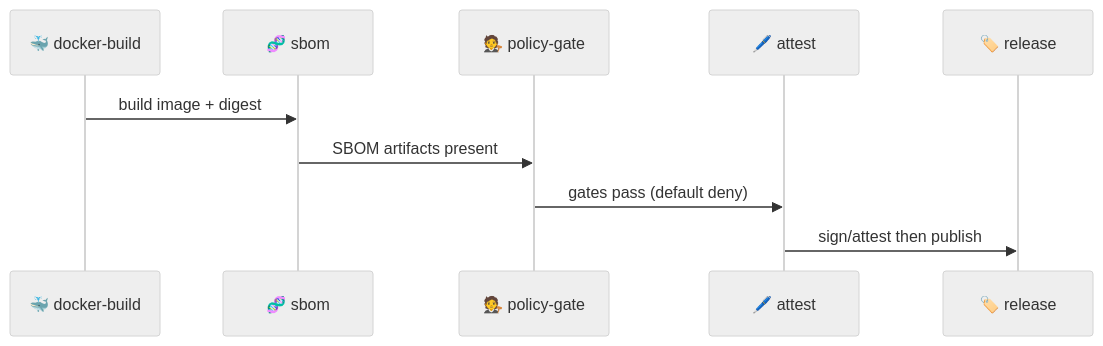
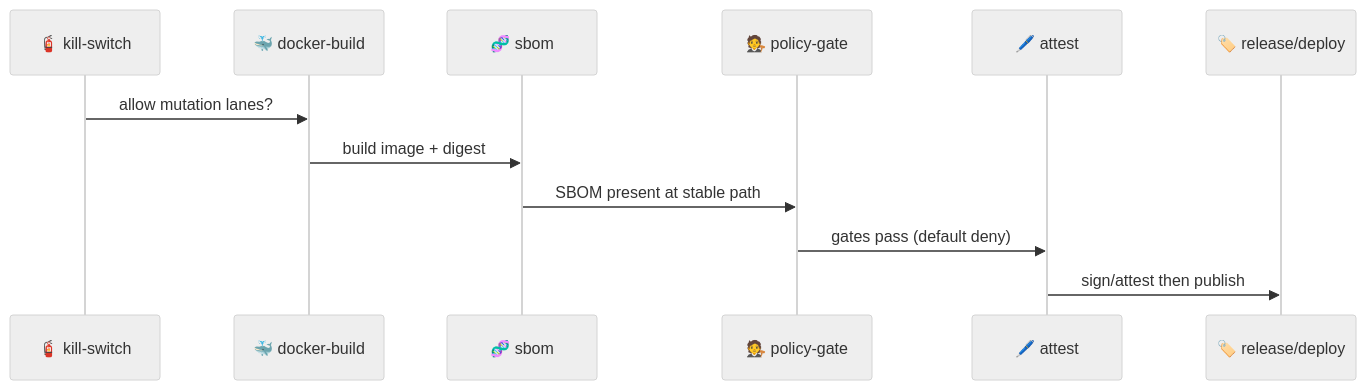
One commit to bartytime4life/Kansas-Frontier-Matrix changed the second of 2 diagrams in .github/actions/sbom/README.md. Above: the diagram before and after it, drawn with Mermaid (neutral theme). The commit also changed other lines of this file, not shown here.

First line of the commit message:
Revise README.md for SBOM action clarity and details

````diff
--- a/.github/actions/sbom/README.md
+++ b/.github/actions/sbom/README.md
@@ -272,13 +290,15 @@
 ```mermaid
 sequenceDiagram
+  participant KS as 🧯 kill-switch
   participant D as 🐳 docker-build
   participant S as 🧬 sbom
   participant P as 🧑‍⚖️ policy-gate
   participant A as 🖊️ attest
-  participant R as 🏷️ release
+  participant R as 🏷️ release/deploy
 
+  KS->>D: allow mutation lanes?
   D->>S: build image + digest
-  S->>P: SBOM artifacts present
+  S->>P: SBOM present at stable path
   P->>A: gates pass (default deny)
   A->>R: sign/attest then publish
 ```
````
